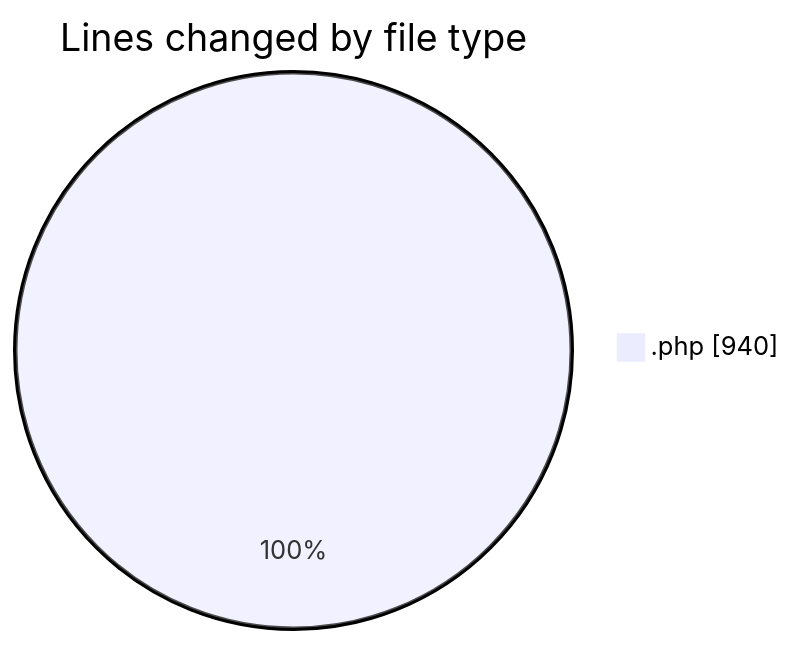
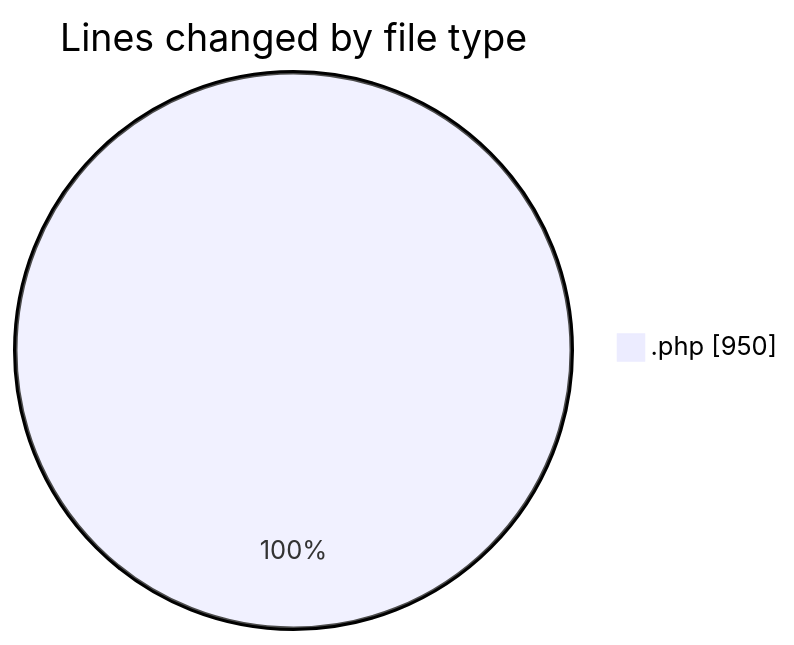
One commit to debugP/code-tracking changed the first of 2 diagrams in 2025-10-03/untitled__workspace_/README.md. Above: the diagram before and after it, drawn with Mermaid. The commit also changed other lines of this file and 1 other file, not shown here.

````diff
--- a/2025-10-03/untitled__workspace_/README.md
+++ b/2025-10-03/untitled__workspace_/README.md
@@ -20,5 +20,5 @@
 ```mermaid
 pie showData
 title Lines changed by file type
-".php" : 940
+".php" : 950
 ```
````
